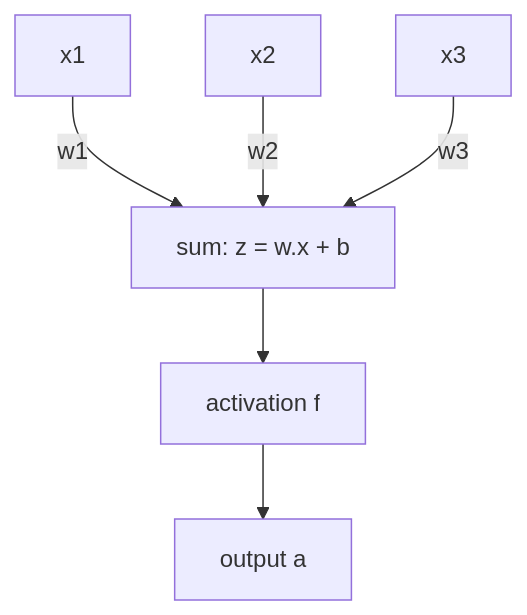
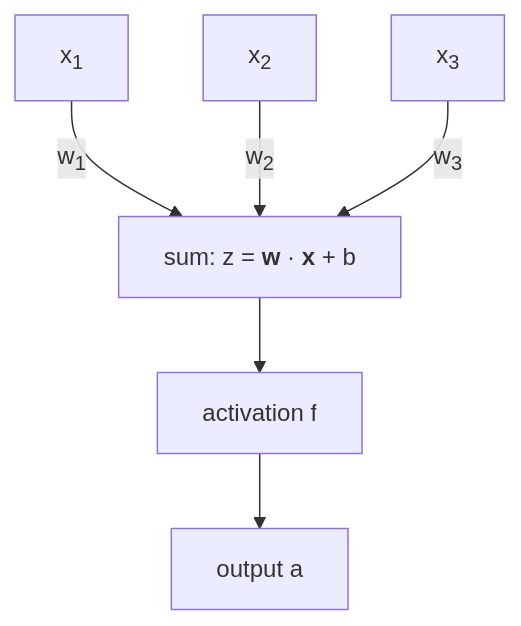
One commit to lubdhak7414/lubdhak7414.github.io changed the diagram in src/content/post/cse425-mid-prerequisites/index.md. Above: the diagram before and after it, drawn with Mermaid. The commit also changed other lines of this file and 174 other files, not shown here.

First line of the commit message:
CSE 425 course hub, series polish, math and figure fixes, site-wide polish pass

````diff
--- a/src/content/post/cse425-mid-prerequisites/index.md
+++ b/src/content/post/cse425-mid-prerequisites/index.md
@@ -37,8 +38,8 @@
 ```mermaid
 flowchart TD
-  x1["x1"] -->|"w1"| S["sum: z = w.x + b"]
-  x2["x2"] -->|"w2"| S
-  x3["x3"] -->|"w3"| S
+  x1["x<sub>1</sub>"] -->|"w<sub>1</sub>"| S["sum: z = <b>w</b> · <b>x</b> + b"]
+  x2["x<sub>2</sub>"] -->|"w<sub>2</sub>"| S
+  x3["x<sub>3</sub>"] -->|"w<sub>3</sub>"| S
   S --> F["activation f"]
   F --> A["output a"]
 ```
````
